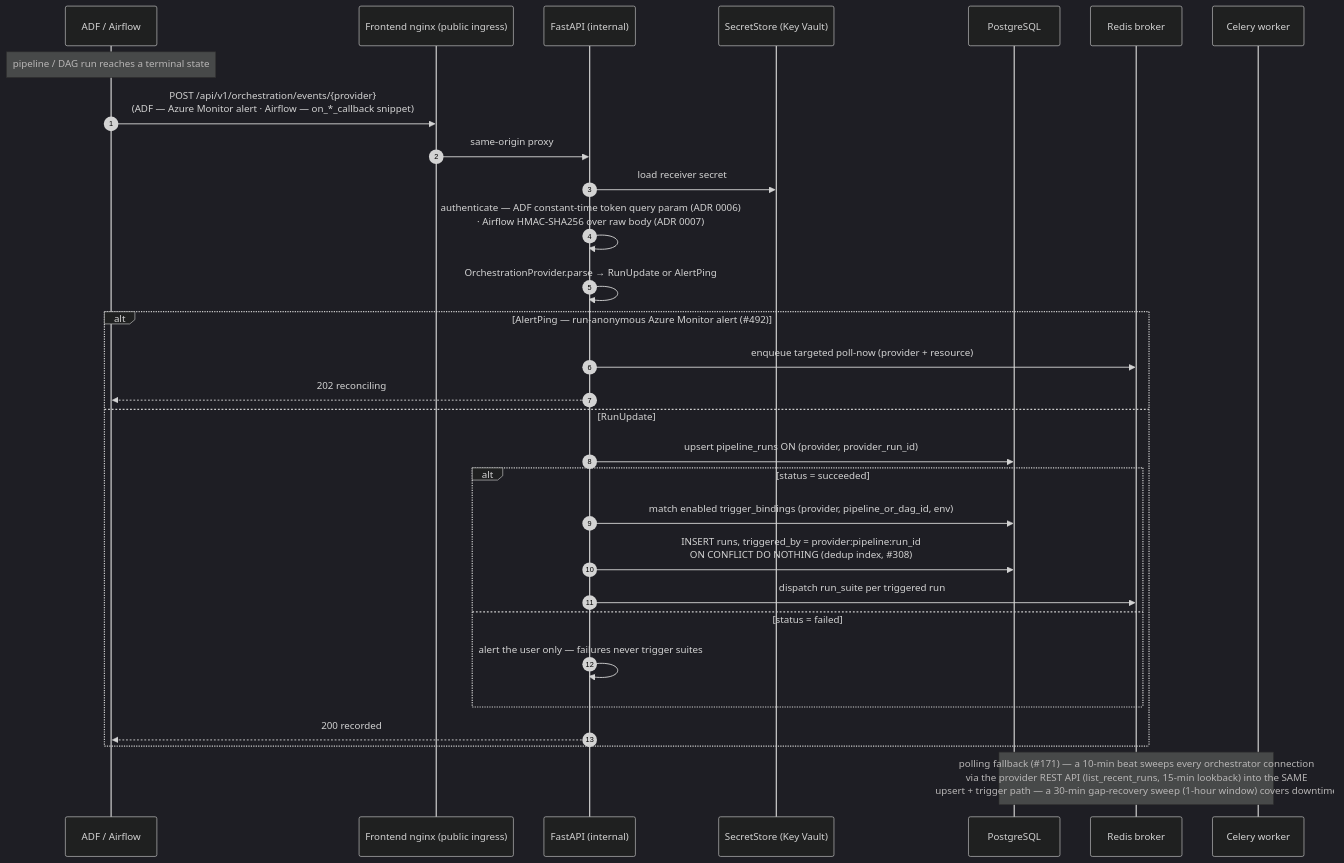
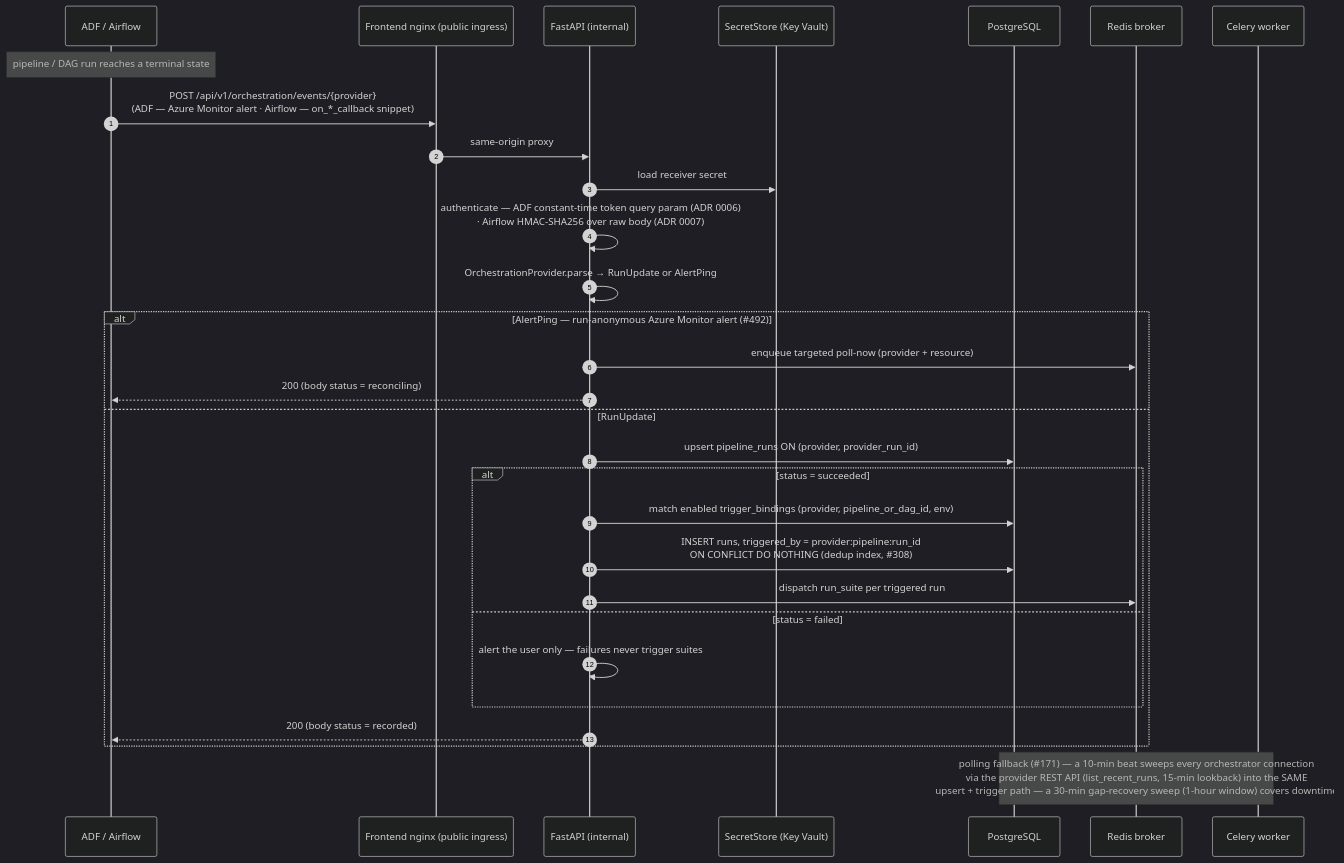
One commit to TheurgicDuke771/DataQ changed the fourth of 7 diagrams in docs/architecture.md. Above: the diagram before and after it, drawn with Mermaid (dark theme). The commit also changed other lines of this file, not shown here.

First line of the commit message:
fixup: address code-review findings on the new diagrams

````diff
--- a/docs/architecture.md
+++ b/docs/architecture.md
@@ -289,35 +291,35 @@
 ```mermaid
 sequenceDiagram
     autonumber
     participant ORC as ADF / Airflow
     participant FE as Frontend nginx (public ingress)
     participant API as FastAPI (internal)
     participant KV as SecretStore (Key Vault)
     participant PG as PostgreSQL
     participant BR as Redis broker
     participant W as Celery worker
 
     Note over ORC: pipeline / DAG run reaches a terminal state
     ORC->>FE: POST /api/v1/orchestration/events/{provider}<br/>(ADF — Azure Monitor alert · Airflow — on_*_callback snippet)
     FE->>API: same-origin proxy
     API->>KV: load receiver secret
     API->>API: authenticate — ADF constant-time token query param (ADR 0006)<br/>· Airflow HMAC-SHA256 over raw body (ADR 0007)
     API->>API: OrchestrationProvider.parse → RunUpdate or AlertPing
 
     alt AlertPing — run-anonymous Azure Monitor alert (#35;492)
         API->>BR: enqueue targeted poll-now (provider + resource)
-        API-->>ORC: 202 reconciling
+        API-->>ORC: 200 (body status = reconciling)
     else RunUpdate
         API->>PG: upsert pipeline_runs ON (provider, provider_run_id)
         alt status = succeeded
             API->>PG: match enabled trigger_bindings (provider, pipeline_or_dag_id, env)
             API->>PG: INSERT runs, triggered_by = provider:pipeline:run_id<br/>ON CONFLICT DO NOTHING (dedup index, #35;308)
             API->>BR: dispatch run_suite per triggered run
         else status = failed
             API->>API: alert the user only — failures never trigger suites
         end
-        API-->>ORC: 200 recorded
+        API-->>ORC: 200 (body status = recorded)
     end
 
     Note over W,PG: polling fallback (#35;171) — a 10-min beat sweeps every orchestrator connection<br/>via the provider REST API (list_recent_runs, 15-min lookback) into the SAME<br/>upsert + trigger path — a 30-min gap-recovery sweep (1-hour window) covers downtime
 ```
````
